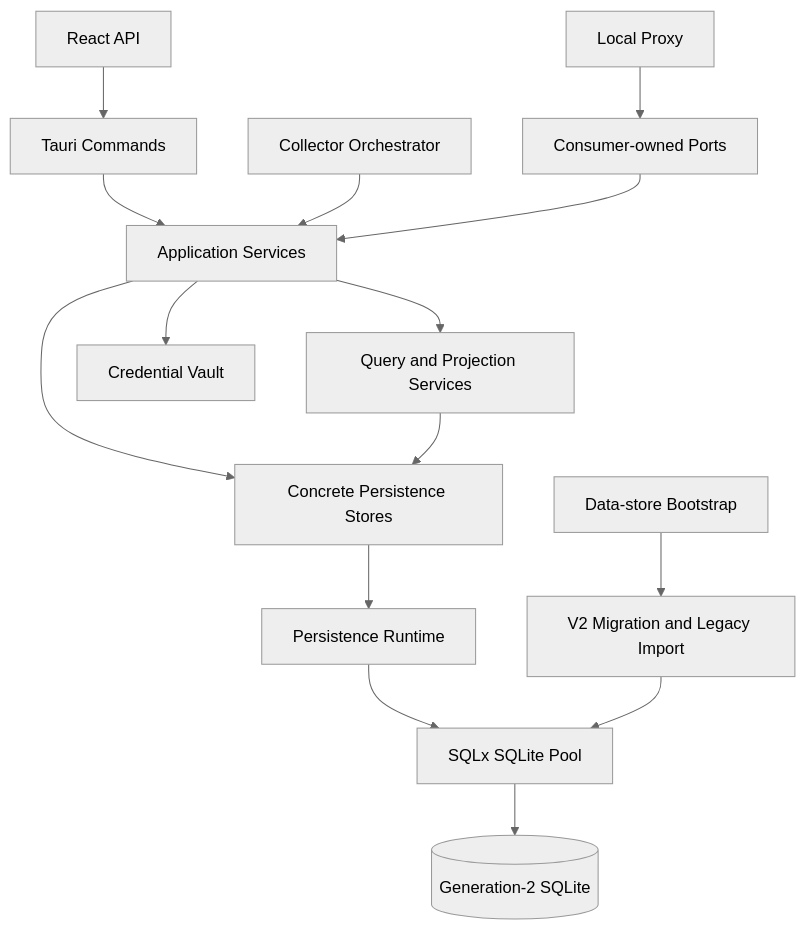
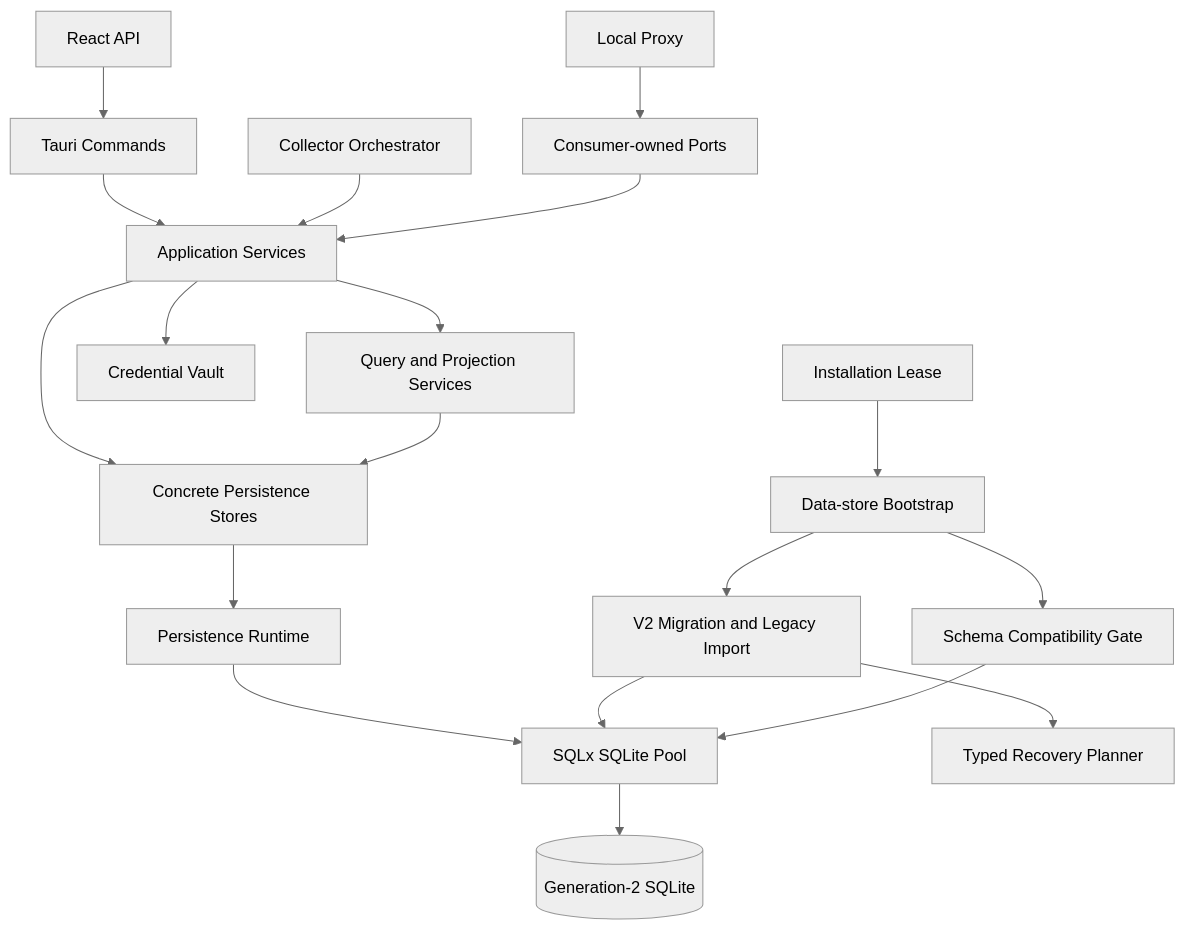
The diagram in docs/superpowers/specs/2026-07-18-persistence-architecture-v2-upgrade-design.md (hardyz0517/relay-pool-desktop), drawn with Mermaid (neutral theme) before and after one commit. The commit also changed other lines of this file, not shown here.

Commit message:
docs: advance persistence v2 architecture

````diff
--- a/docs/superpowers/specs/2026-07-18-persistence-architecture-v2-upgrade-design.md
+++ b/docs/superpowers/specs/2026-07-18-persistence-architecture-v2-upgrade-design.md
@@ -146,17 +154,21 @@
 ```mermaid
 flowchart TD
     UI[React API] --> CMD[Tauri Commands]
     CMD --> APP[Application Services]
     COLLECTOR[Collector Orchestrator] --> APP
     PROXY[Local Proxy] --> PORT[Consumer-owned Ports]
     PORT --> APP
     APP --> QUERY[Query and Projection Services]
     APP --> STORE[Concrete Persistence Stores]
     APP --> VAULT[Credential Vault]
     QUERY --> STORE
     STORE --> RUNTIME[Persistence Runtime]
     RUNTIME --> SQLX[SQLx SQLite Pool]
+    LEASE[Installation Lease] --> BOOT
     BOOT[Data-store Bootstrap] --> UPGRADE[V2 Migration and Legacy Import]
+    BOOT --> COMPAT[Schema Compatibility Gate]
+    UPGRADE --> PLAN[Typed Recovery Planner]
     UPGRADE --> SQLX
+    COMPAT --> SQLX
     SQLX --> DB[(Generation-2 SQLite)]
 ```
````
